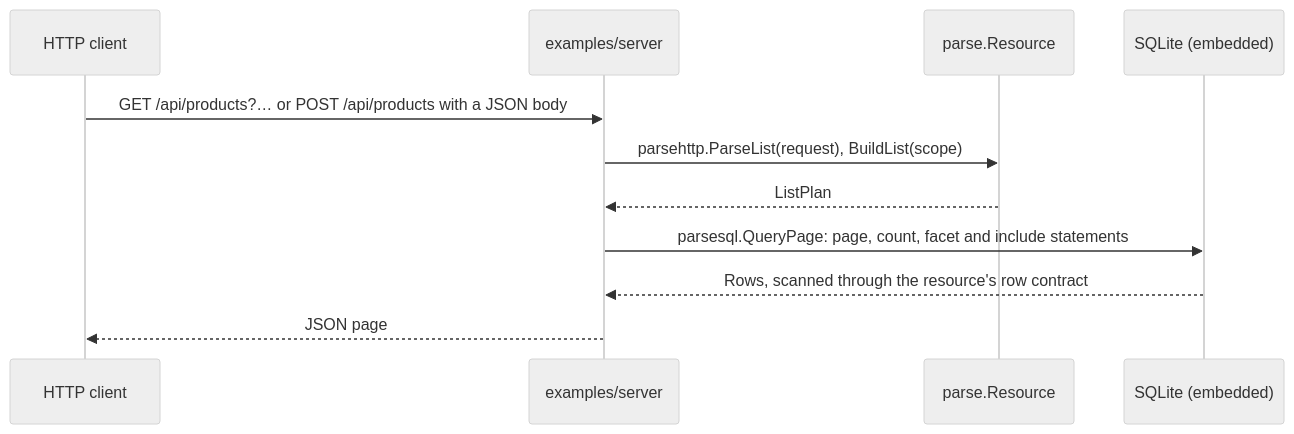
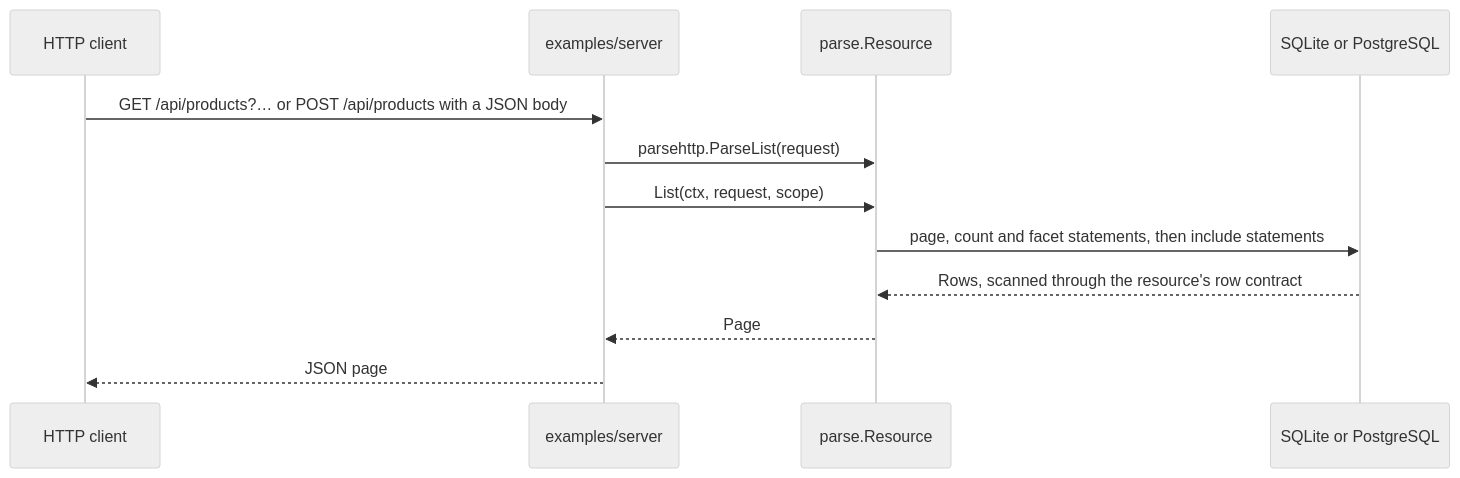
The second of 2 diagrams in parse/examples/server/README.md (ashtonian/pkg), drawn with Mermaid (neutral theme) before and after one commit. The commit also changed other lines of this file and 246 other files, not shown here.

````diff
--- a/parse/examples/server/README.md
+++ b/parse/examples/server/README.md
@@ -87,13 +118,14 @@
 ```mermaid
 sequenceDiagram
     participant C as HTTP client
     participant H as examples/server
     participant R as parse.Resource
-    participant DB as SQLite (embedded)
+    participant DB as SQLite or PostgreSQL
     C->>H: GET /api/products?… or POST /api/products with a JSON body
-    H->>R: parsehttp.ParseList(request), BuildList(scope)
-    R-->>H: ListPlan
-    H->>DB: parsesql.QueryPage: page, count, facet and include statements
-    DB-->>H: Rows, scanned through the resource's row contract
+    H->>R: parsehttp.ParseList(request)
+    H->>R: List(ctx, request, scope)
+    R->>DB: page, count and facet statements, then include statements
+    DB-->>R: Rows, scanned through the resource's row contract
+    R-->>H: Page
     H-->>C: JSON page
 ```
````
